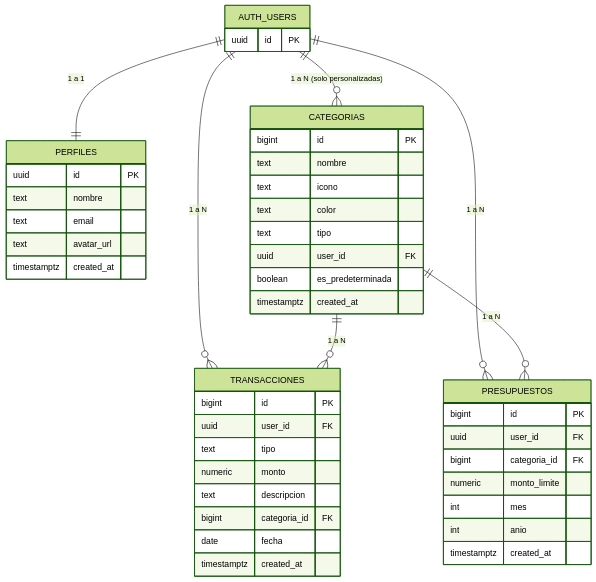
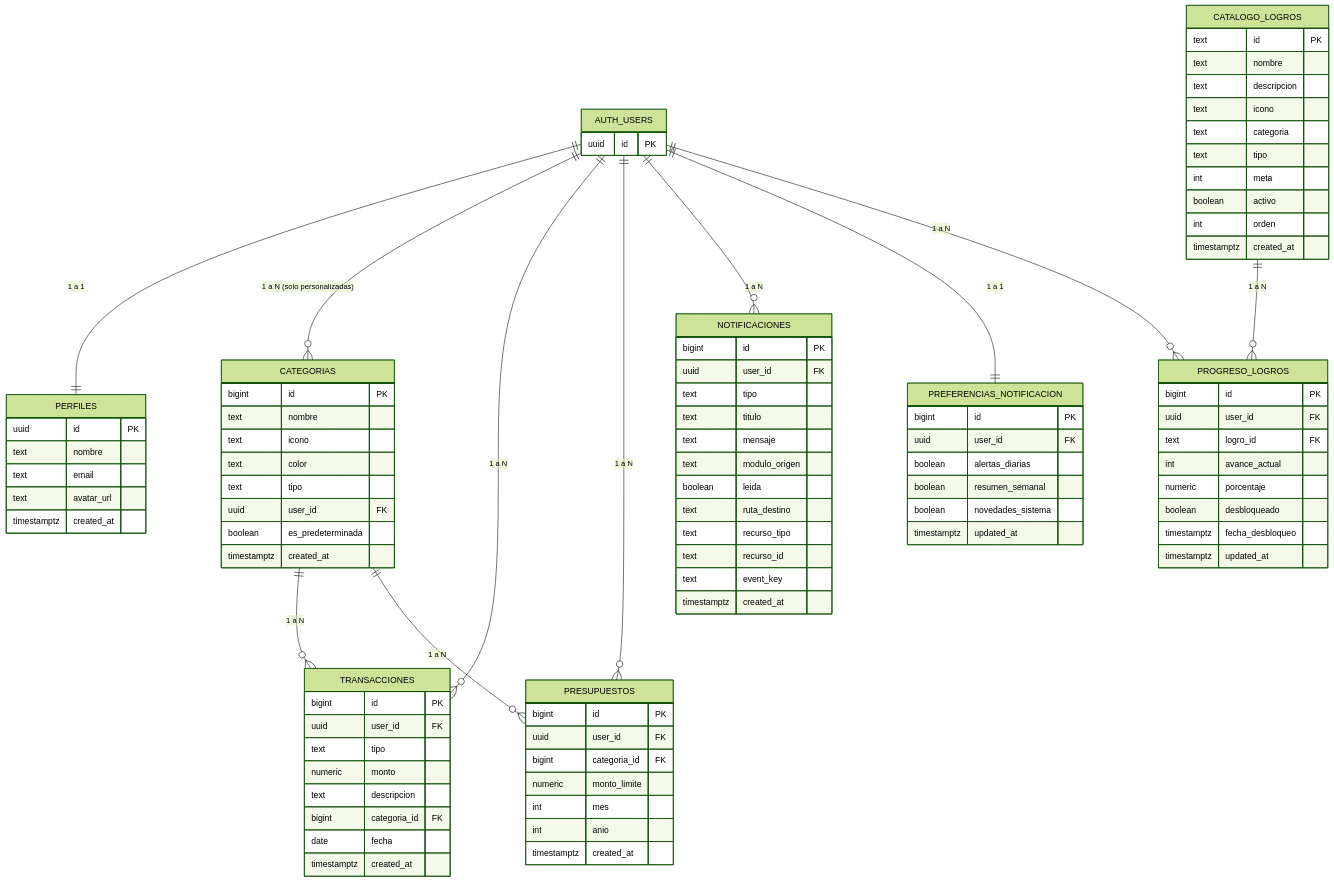
One commit to CamiloTriana75/FinanzasU changed the diagram in docs/diagrama-er.md. Above: the diagram before and after it, drawn with Mermaid (forest theme). The commit also changed other lines of this file and 3 other files, not shown here.

Commit message:
docs: actualizar README, ER y evidencias de HU

````diff
--- a/docs/diagrama-er.md
+++ b/docs/diagrama-er.md
@@ -53,11 +55,63 @@
         timestamptz created_at
     }
 
+    NOTIFICACIONES {
+      bigint id PK
+      uuid user_id FK
+      text tipo
+      text titulo
+      text mensaje
+      text modulo_origen
+      boolean leida
+      text ruta_destino
+      text recurso_tipo
+      text recurso_id
+      text event_key
+      timestamptz created_at
+    }
+
+    PREFERENCIAS_NOTIFICACION {
+      bigint id PK
+      uuid user_id FK
+      boolean alertas_diarias
+      boolean resumen_semanal
+      boolean novedades_sistema
+      timestamptz updated_at
+    }
+
+    CATALOGO_LOGROS {
+      text id PK
+      text nombre
+      text descripcion
+      text icono
+      text categoria
+      text tipo
+      int meta
+      boolean activo
+      int orden
+      timestamptz created_at
+    }
+
+    PROGRESO_LOGROS {
+      bigint id PK
+      uuid user_id FK
+      text logro_id FK
+      int avance_actual
+      numeric porcentaje
+      boolean desbloqueado
+      timestamptz fecha_desbloqueo
+      timestamptz updated_at
+    }
+
     AUTH_USERS ||--|| PERFILES : "1 a 1"
     AUTH_USERS ||--o{ CATEGORIAS : "1 a N (solo personalizadas)"
     AUTH_USERS ||--o{ TRANSACCIONES : "1 a N"
     AUTH_USERS ||--o{ PRESUPUESTOS : "1 a N"
+    AUTH_USERS ||--o{ NOTIFICACIONES : "1 a N"
+    AUTH_USERS ||--|| PREFERENCIAS_NOTIFICACION : "1 a 1"
+    AUTH_USERS ||--o{ PROGRESO_LOGROS : "1 a N"
 
     CATEGORIAS ||--o{ TRANSACCIONES : "1 a N"
     CATEGORIAS ||--o{ PRESUPUESTOS : "1 a N"
+    CATALOGO_LOGROS ||--o{ PROGRESO_LOGROS : "1 a N"
 ```
````
